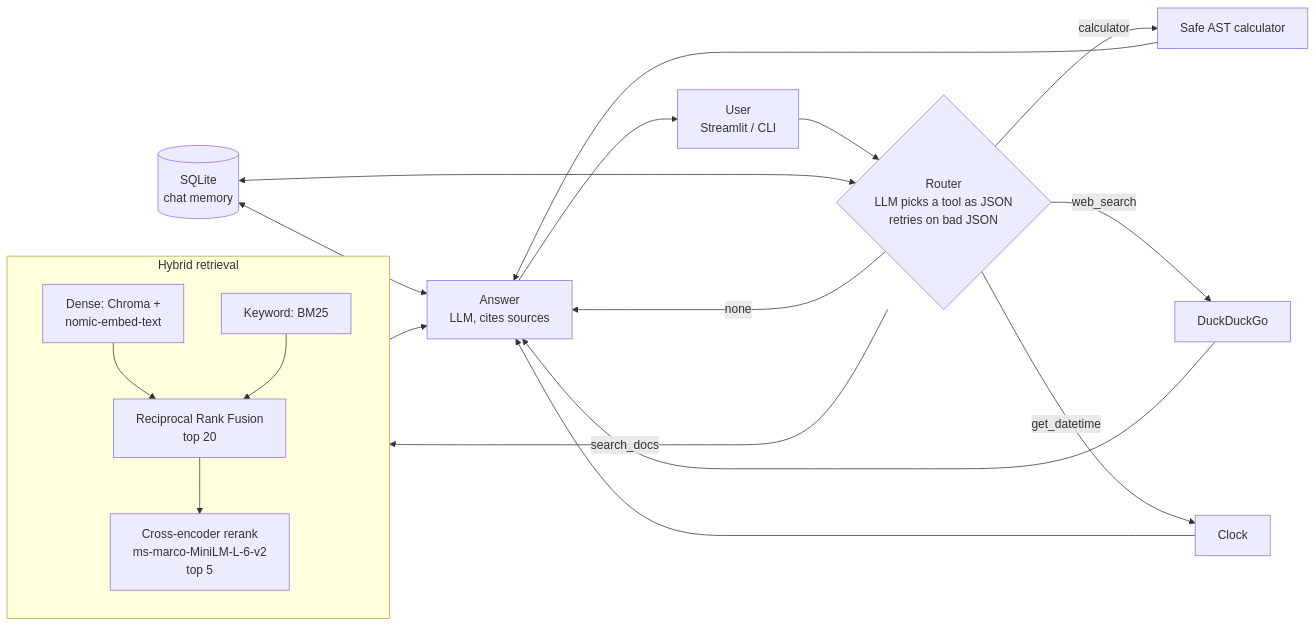
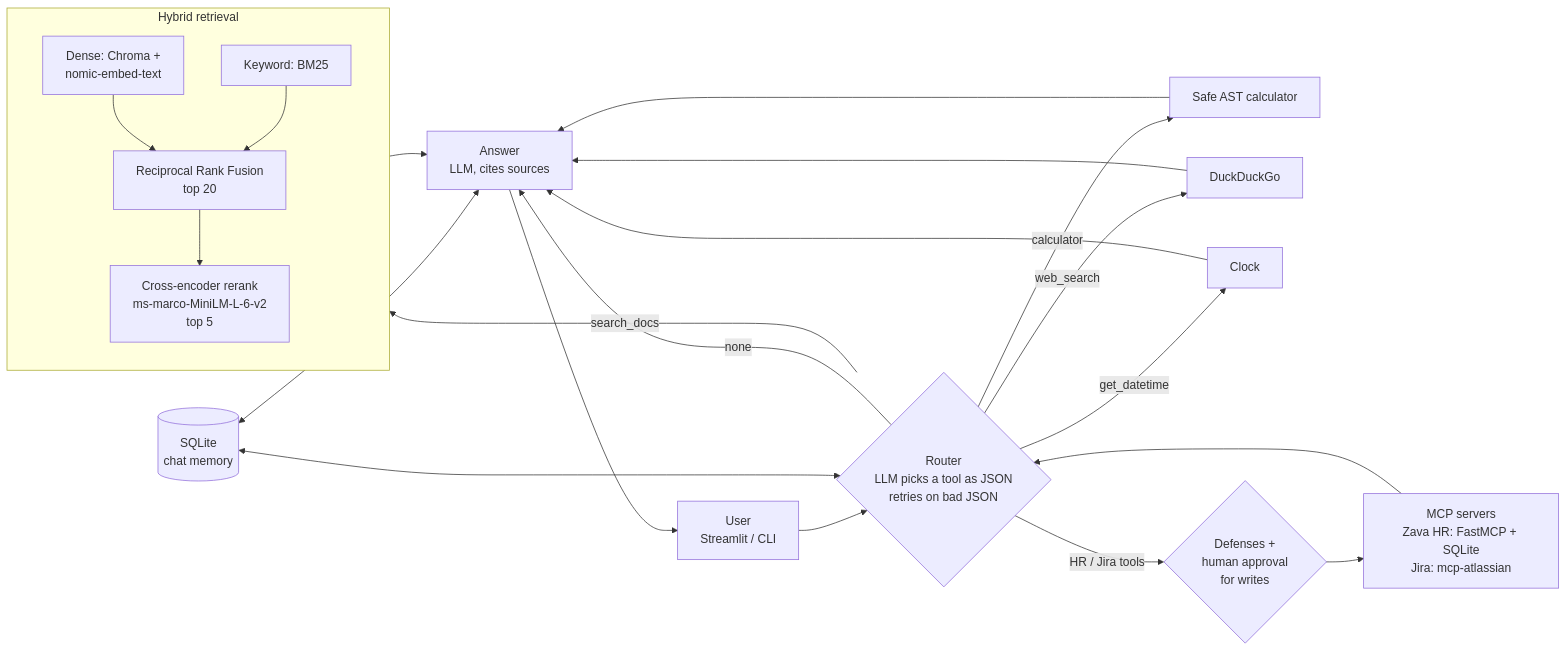
One commit to UmarKhattab09/MultiSourceAgentic_RAG changed the diagram in README.md. Above: the diagram before and after it, drawn with Mermaid. The commit also changed other lines of this file and 33 other files, not shown here.

First line of the commit message:
Phase 8-9: MCP HR/Jira tools, sign-in, HR review, red team, streaming

````diff
--- a/README.md
+++ b/README.md
@@ -34,23 +39,26 @@
 ```mermaid
 flowchart LR
     U[User<br/>Streamlit / CLI] --> R{Router<br/>LLM picks a tool as JSON<br/>retries on bad JSON}
     R -->|search_docs| S
     R -->|calculator| C[Safe AST calculator]
     R -->|web_search| W[DuckDuckGo]
     R -->|get_datetime| D[Clock]
+    R -->|HR / Jira tools| P{Defenses +<br/>human approval<br/>for writes}
+    P --> MCP[MCP servers<br/>Zava HR: FastMCP + SQLite<br/>Jira: mcp-atlassian]
+    MCP --> R
     R -->|none| A
     S --> A[Answer<br/>LLM, cites sources]
     C --> A
     W --> A
     D --> A
     A --> U
     M[(SQLite<br/>chat memory)] <--> R
     M <--> A
 
     subgraph S [Hybrid retrieval]
         direction TB
         DE[Dense: Chroma +<br/>nomic-embed-text] --> F[Reciprocal Rank Fusion<br/>top 20]
         BM[Keyword: BM25] --> F
         F --> RR[Cross-encoder rerank<br/>ms-marco-MiniLM-L-6-v2<br/>top 5]
     end
 ```
````
